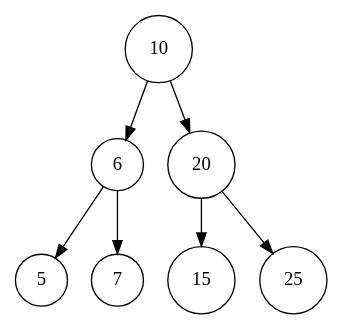
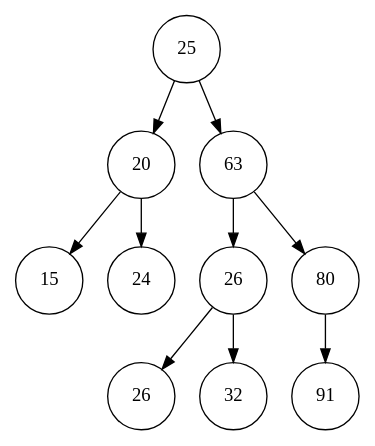
Before and after one commit to OmarLetona14/NoPainNoGain: the diagram in ArbolAVL.dot, drawn with Graphviz. The commit also changed 12 other files, not shown here.

```diff
--- a/ArbolAVL.dot
+++ b/ArbolAVL.dot
@@ -1,17 +1,23 @@
 digraph ArbolAVL { 
 node[shape=circle]
-nodo10 [ label = " 10"];
-nodo6 [ label = " 6"];
-nodo5 [ label = " 5"];
-nodo7 [ label = " 7"];
-nodo20 [ label = " 20"];
-nodo15 [ label = " 15"];
-nodo25 [ label = " 25"];
-nodo10: c0->nodo6;
-nodo10: c1->nodo20;
-nodo6: c0->nodo5;
-nodo6: c1->nodo7;
-nodo20: c0->nodo15;
-nodo20: c1->nodo25;
+nodo1857481430 [ label = " 25"];
+nodo957391171 [ label = " 20"];
+nodo1727283576 [ label = " 15"];
+nodo1062529055 [ label = " 24"];
+nodo1726829945 [ label = " 63"];
+nodo1514928734 [ label = " 26"];
+nodo519086062 [ label = " 26"];
+nodo108824639 [ label = " 32"];
+nodo171332372 [ label = " 80"];
+nodo254460166 [ label = " 91"];
+nodo1857481430: c0->nodo957391171;
+nodo1857481430: c1->nodo1726829945;
+nodo957391171: c0->nodo1727283576;
+nodo957391171: c1->nodo1062529055;
+nodo1726829945: c0->nodo1514928734;
+nodo1726829945: c1->nodo171332372;
+nodo1514928734: c0->nodo519086062;
+nodo1514928734: c1->nodo108824639;
+nodo171332372: c1->nodo254460166;
 
 }
```
